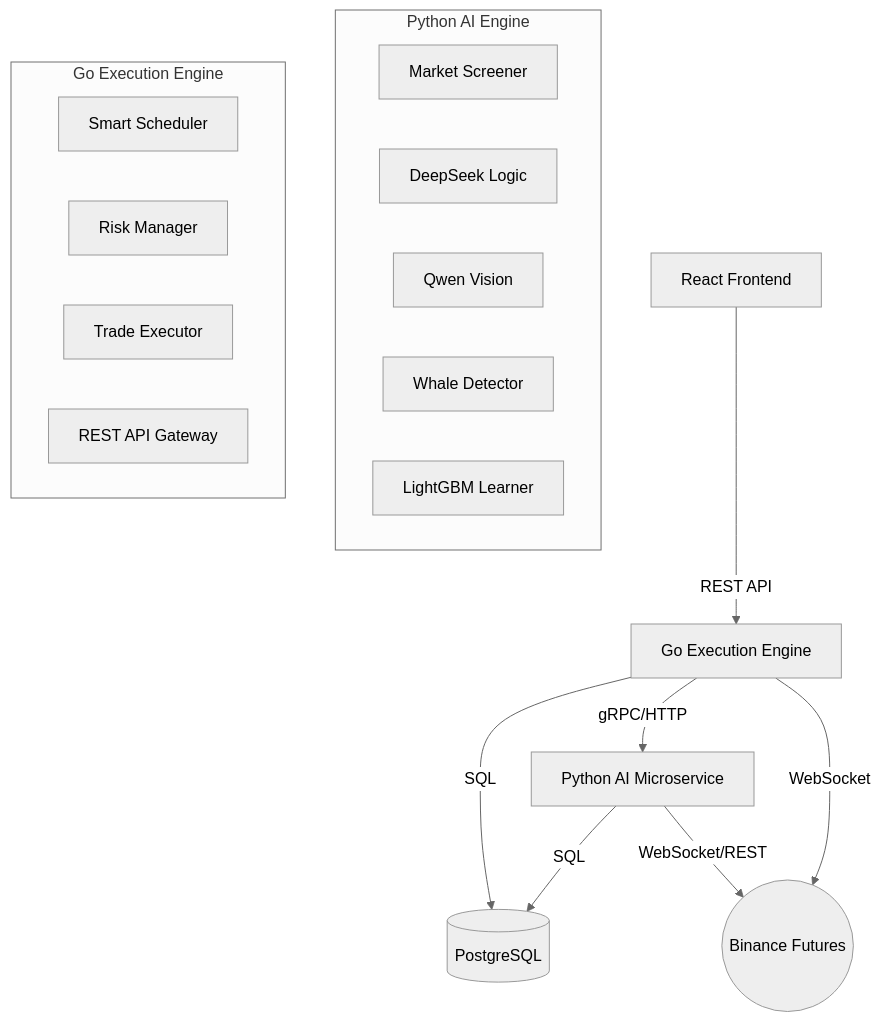
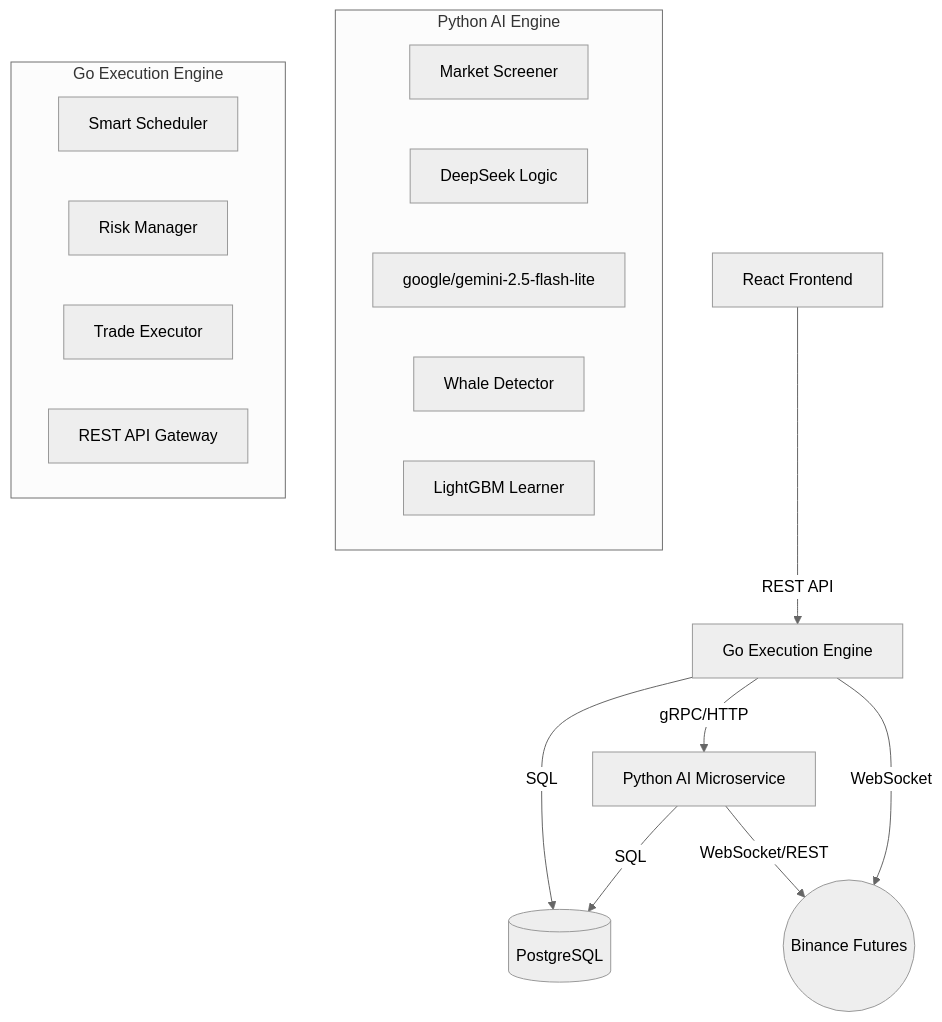
One commit to virhanali/neurotrade changed the diagram in README.md. Above: the diagram before and after it, drawn with Mermaid (neutral theme). The commit also changed other lines of this file and 7 other files, not shown here.

````diff
--- a/README.md
+++ b/README.md
@@ -41,24 +41,24 @@
 ```mermaid
 graph TD
     Client[React Frontend] -->|REST API| Go[Go Execution Engine]
     Go -->|gRPC/HTTP| Py[Python AI Microservice]
     Go -->|SQL| DB[(PostgreSQL)]
     Py -->|SQL| DB
     Py -->|WebSocket/REST| Binance((Binance Futures))
     Go -->|WebSocket| Binance
     
     subgraph "Python AI Engine"
         Screener[Market Screener]
         Logic[DeepSeek Logic]
-        Vision[Qwen Vision]
+        Vision[google/gemini-2.5-flash-lite]
         Whale[Whale Detector]
         ML[LightGBM Learner]
     end
     
     subgraph "Go Execution Engine"
         Scheduler[Smart Scheduler]
         Bodyguard[Risk Manager]
         Executor[Trade Executor]
         API[REST API Gateway]
     end
 ```
````
